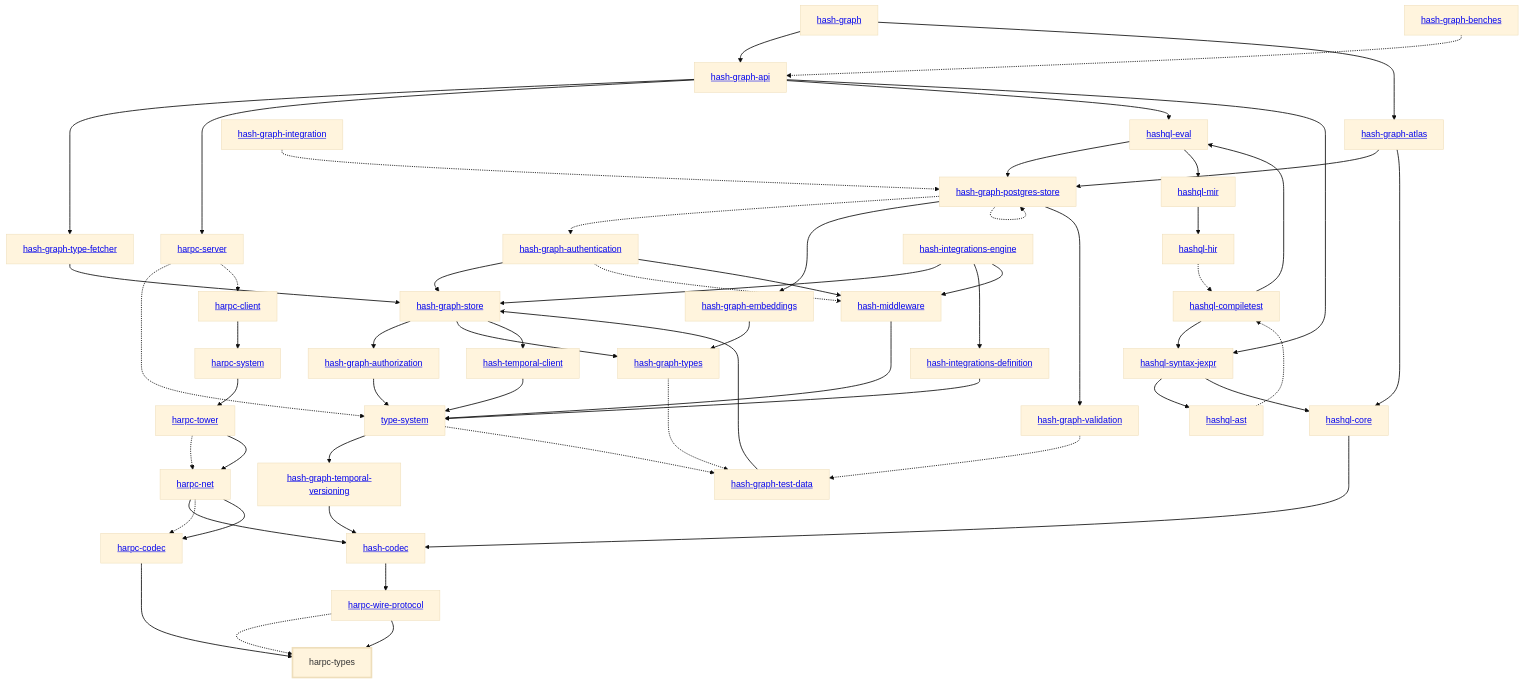
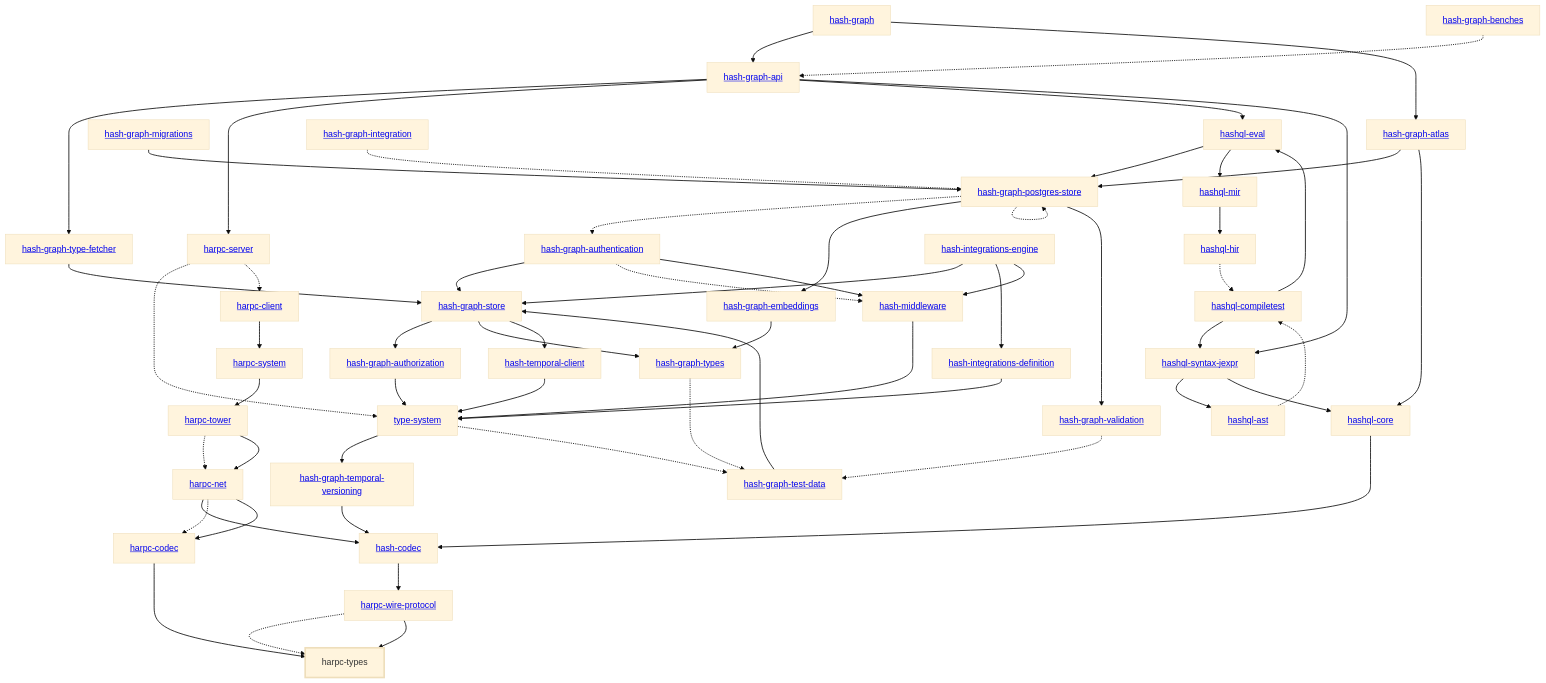
The diagram in libs/@local/harpc/types/docs/dependency-diagram.mmd (hashintel/hash), drawn with Mermaid (base theme) before and after one commit. The commit also changed 58 other files, not shown here.

Commit message:
BE-224: Allow TLS when connecting the Graph to Postgres (#10307)

```diff
--- a/libs/@local/harpc/types/docs/dependency-diagram.mmd
+++ b/libs/@local/harpc/types/docs/dependency-diagram.mmd
@@ -1,105 +1,107 @@
 graph TD
     linkStyle default stroke-width:1.5px
     classDef default stroke-width:1px
     classDef root stroke-width:3px
     classDef dev stroke-width:1px
     classDef build stroke-width:1px
     %% Legend
     %% --> : Normal dependency
     %% -.-> : Dev dependency
     %% ---> : Build dependency
     0[<a href="../hash_graph/index.html">hash-graph</a>]
     1[<a href="../type_system/index.html">type-system</a>]
     2[<a href="../hash_codec/index.html">hash-codec</a>]
     3[<a href="../hash_graph_api/index.html">hash-graph-api</a>]
     4[<a href="../hash_graph_atlas/index.html">hash-graph-atlas</a>]
     5[<a href="../hash_graph_authentication/index.html">hash-graph-authentication</a>]
     6[<a href="../hash_graph_authorization/index.html">hash-graph-authorization</a>]
     7[<a href="../hash_graph_embeddings/index.html">hash-graph-embeddings</a>]
-    8[<a href="../hash_graph_postgres_store/index.html">hash-graph-postgres-store</a>]
-    9[<a href="../hash_graph_store/index.html">hash-graph-store</a>]
-    10[<a href="../hash_graph_temporal_versioning/index.html">hash-graph-temporal-versioning</a>]
-    11[<a href="../hash_graph_type_fetcher/index.html">hash-graph-type-fetcher</a>]
-    12[<a href="../hash_graph_types/index.html">hash-graph-types</a>]
-    13[<a href="../hash_graph_validation/index.html">hash-graph-validation</a>]
-    14[<a href="../harpc_client/index.html">harpc-client</a>]
-    15[<a href="../harpc_codec/index.html">harpc-codec</a>]
-    16[<a href="../harpc_net/index.html">harpc-net</a>]
-    17[<a href="../harpc_server/index.html">harpc-server</a>]
-    18[<a href="../harpc_system/index.html">harpc-system</a>]
-    19[<a href="../harpc_tower/index.html">harpc-tower</a>]
-    20[harpc-types]
-    class 20 root
-    21[<a href="../harpc_wire_protocol/index.html">harpc-wire-protocol</a>]
-    22[<a href="../hashql_ast/index.html">hashql-ast</a>]
-    23[<a href="../hashql_compiletest/index.html">hashql-compiletest</a>]
-    24[<a href="../hashql_core/index.html">hashql-core</a>]
-    25[<a href="../hashql_eval/index.html">hashql-eval</a>]
-    26[<a href="../hashql_hir/index.html">hashql-hir</a>]
-    27[<a href="../hashql_mir/index.html">hashql-mir</a>]
-    28[<a href="../hashql_syntax_jexpr/index.html">hashql-syntax-jexpr</a>]
-    29[<a href="../hash_integrations_definition/index.html">hash-integrations-definition</a>]
-    30[<a href="../hash_integrations_engine/index.html">hash-integrations-engine</a>]
-    31[<a href="../hash_middleware/index.html">hash-middleware</a>]
-    32[<a href="../hash_temporal_client/index.html">hash-temporal-client</a>]
-    33[<a href="../hash_graph_benches/index.html">hash-graph-benches</a>]
-    34[<a href="../hash_graph_integration/index.html">hash-graph-integration</a>]
-    35[<a href="../hash_graph_test_data/index.html">hash-graph-test-data</a>]
+    8[<a href="../hash_graph_migrations/index.html">hash-graph-migrations</a>]
+    9[<a href="../hash_graph_postgres_store/index.html">hash-graph-postgres-store</a>]
+    10[<a href="../hash_graph_store/index.html">hash-graph-store</a>]
+    11[<a href="../hash_graph_temporal_versioning/index.html">hash-graph-temporal-versioning</a>]
+    12[<a href="../hash_graph_type_fetcher/index.html">hash-graph-type-fetcher</a>]
+    13[<a href="../hash_graph_types/index.html">hash-graph-types</a>]
+    14[<a href="../hash_graph_validation/index.html">hash-graph-validation</a>]
+    15[<a href="../harpc_client/index.html">harpc-client</a>]
+    16[<a href="../harpc_codec/index.html">harpc-codec</a>]
+    17[<a href="../harpc_net/index.html">harpc-net</a>]
+    18[<a href="../harpc_server/index.html">harpc-server</a>]
+    19[<a href="../harpc_system/index.html">harpc-system</a>]
+    20[<a href="../harpc_tower/index.html">harpc-tower</a>]
+    21[harpc-types]
+    class 21 root
+    22[<a href="../harpc_wire_protocol/index.html">harpc-wire-protocol</a>]
+    23[<a href="../hashql_ast/index.html">hashql-ast</a>]
+    24[<a href="../hashql_compiletest/index.html">hashql-compiletest</a>]
+    25[<a href="../hashql_core/index.html">hashql-core</a>]
+    26[<a href="../hashql_eval/index.html">hashql-eval</a>]
+    27[<a href="../hashql_hir/index.html">hashql-hir</a>]
+    28[<a href="../hashql_mir/index.html">hashql-mir</a>]
+    29[<a href="../hashql_syntax_jexpr/index.html">hashql-syntax-jexpr</a>]
+    30[<a href="../hash_integrations_definition/index.html">hash-integrations-definition</a>]
+    31[<a href="../hash_integrations_engine/index.html">hash-integrations-engine</a>]
+    32[<a href="../hash_middleware/index.html">hash-middleware</a>]
+    33[<a href="../hash_temporal_client/index.html">hash-temporal-client</a>]
+    34[<a href="../hash_graph_benches/index.html">hash-graph-benches</a>]
+    35[<a href="../hash_graph_integration/index.html">hash-graph-integration</a>]
+    36[<a href="../hash_graph_test_data/index.html">hash-graph-test-data</a>]
     0 --> 3
     0 --> 4
-    1 --> 10
-    1 -.-> 35
-    2 --> 21
-    3 --> 11
-    3 --> 17
-    3 --> 25
-    3 --> 28
-    4 --> 8
-    4 --> 24
-    5 --> 9
-    5 -.-> 31
-    5 --> 31
+    1 --> 11
+    1 -.-> 36
+    2 --> 22
+    3 --> 12
+    3 --> 18
+    3 --> 26
+    3 --> 29
+    4 --> 9
+    4 --> 25
+    5 --> 10
+    5 -.-> 32
+    5 --> 32
     6 --> 1
-    7 --> 12
-    8 -.-> 5
-    8 --> 7
-    8 -.-> 8
-    8 --> 13
-    9 --> 6
-    9 --> 12
-    9 --> 32
-    10 --> 2
-    11 --> 9
-    12 -.-> 35
-    13 -.-> 35
-    14 --> 18
-    15 --> 20
-    16 --> 2
-    16 -.-> 15
-    16 --> 15
-    17 -.-> 1
-    17 -.-> 14
-    18 --> 19
-    19 -.-> 16
-    19 --> 16
-    21 -.-> 20
-    21 --> 20
-    22 -.-> 23
-    23 --> 25
-    23 --> 28
-    24 --> 2
-    25 --> 8
-    25 --> 27
-    26 -.-> 23
-    27 --> 26
-    28 --> 22
-    28 --> 24
-    29 --> 1
-    30 --> 9
-    30 --> 29
-    30 --> 31
-    31 --> 1
+    7 --> 13
+    8 --> 9
+    9 -.-> 5
+    9 --> 7
+    9 -.-> 9
+    9 --> 14
+    10 --> 6
+    10 --> 13
+    10 --> 33
+    11 --> 2
+    12 --> 10
+    13 -.-> 36
+    14 -.-> 36
+    15 --> 19
+    16 --> 21
+    17 --> 2
+    17 -.-> 16
+    17 --> 16
+    18 -.-> 1
+    18 -.-> 15
+    19 --> 20
+    20 -.-> 17
+    20 --> 17
+    22 -.-> 21
+    22 --> 21
+    23 -.-> 24
+    24 --> 26
+    24 --> 29
+    25 --> 2
+    26 --> 9
+    26 --> 28
+    27 -.-> 24
+    28 --> 27
+    29 --> 23
+    29 --> 25
+    30 --> 1
+    31 --> 10
+    31 --> 30
+    31 --> 32
     32 --> 1
-    33 -.-> 3
-    34 -.-> 8
-    35 --> 9
+    33 --> 1
+    34 -.-> 3
+    35 -.-> 9
+    36 --> 10
```
